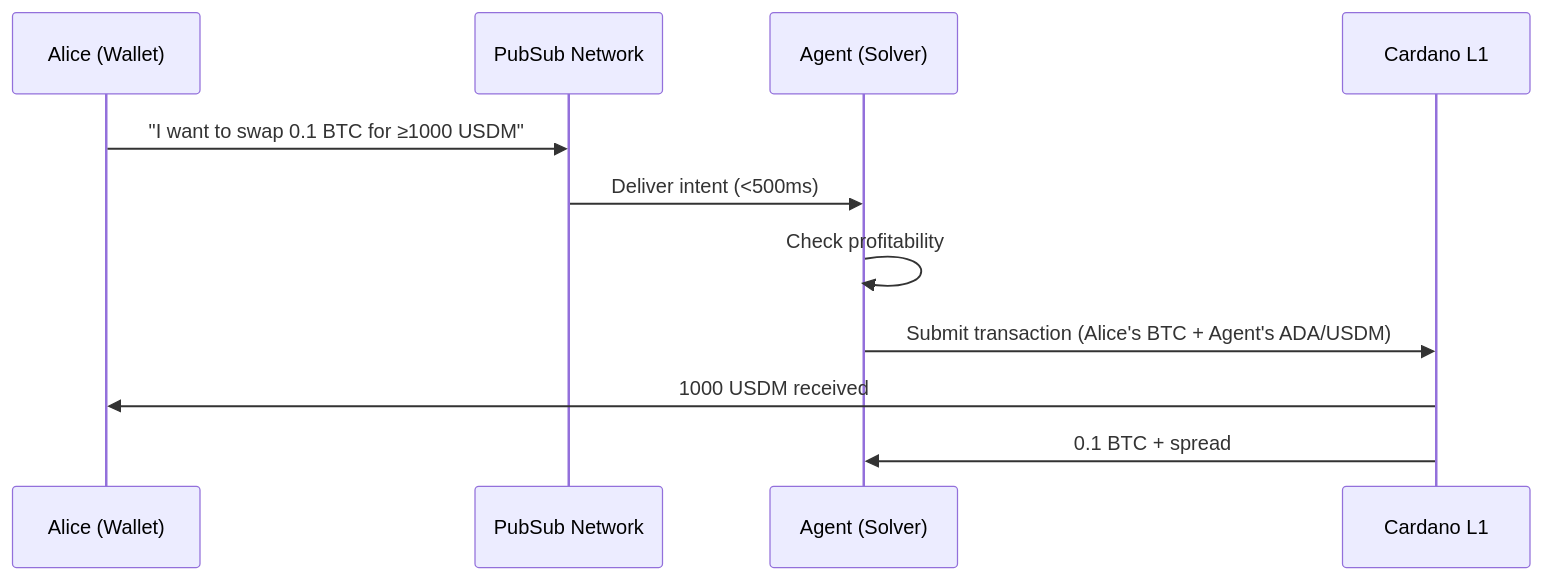
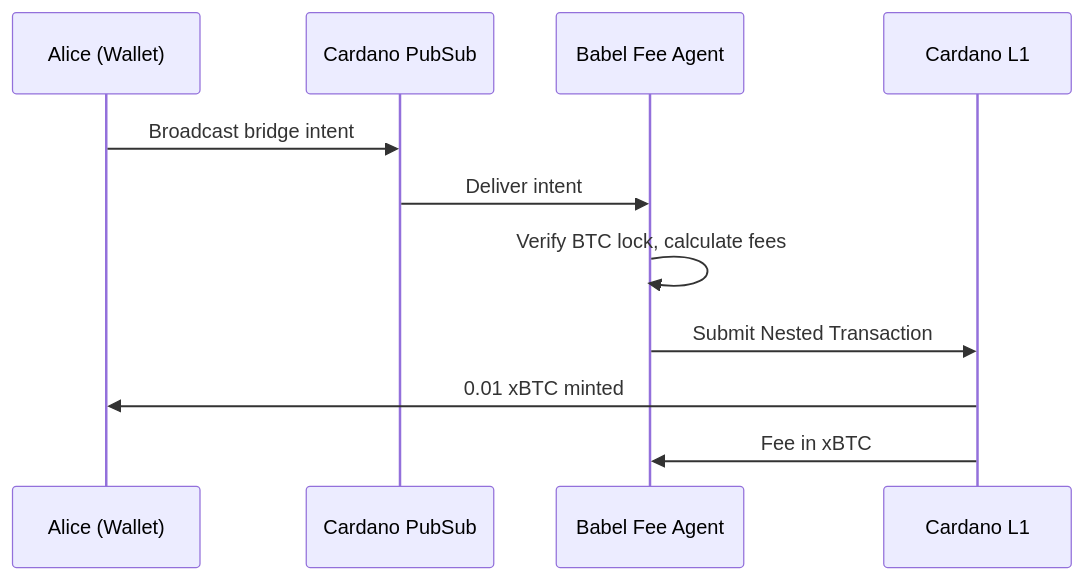
One commit to input-output-hk/pubsub changed the second of 2 diagrams in docs/use-cases/defi-intents.md. Above: the diagram before and after it, drawn with Mermaid. The commit also changed other lines of this file and 2 other files, not shown here.

First line of the commit message:
Update DeFi Intents use case to reflect PubSub's role as Message Bus

````diff
--- a/docs/use-cases/defi-intents.md
+++ b/docs/use-cases/defi-intents.md
@@ -34,14 +179,14 @@
 ```mermaid
 sequenceDiagram
     participant Alice as Alice (Wallet)
-    participant PubSub as PubSub Network
-    participant Agent as Agent (Solver)
-    participant L1 as Cardano L1
+    participant PubSub as Cardano PubSub
+    participant Agent as Babel Fee Agent
+    participant Cardano as Cardano L1
     
-    Alice->>PubSub: "I want to swap 0.1 BTC for ≥1000 USDM"
-    PubSub->>Agent: Deliver intent (<500ms)
-    Agent->>Agent: Check profitability
-    Agent->>L1: Submit transaction (Alice's BTC + Agent's ADA/USDM)
-    L1->>Alice: 1000 USDM received
-    L1->>Agent: 0.1 BTC + spread
+    Alice->>PubSub: Broadcast bridge intent
+    PubSub->>Agent: Deliver intent
+    Agent->>Agent: Verify BTC lock, calculate fees
+    Agent->>Cardano: Submit Nested Transaction
+    Cardano->>Alice: 0.01 xBTC minted
+    Cardano->>Agent: Fee in xBTC
 ```
````
